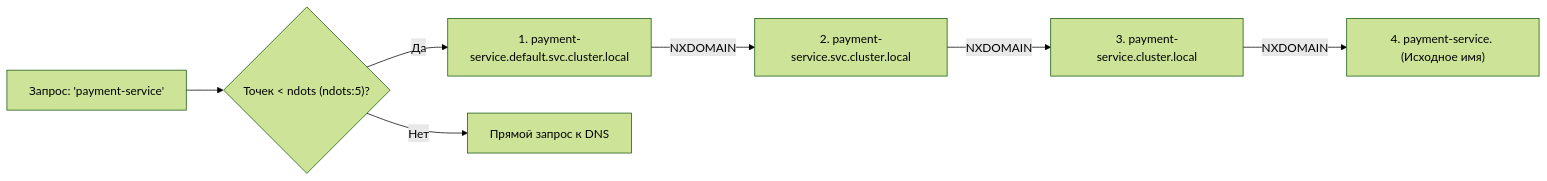
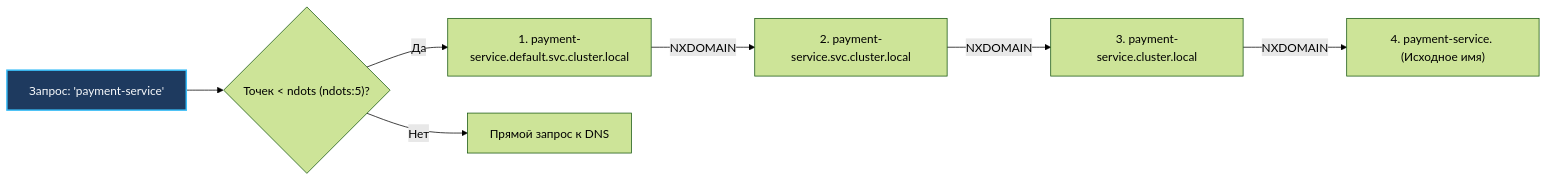
One commit to UnrealTemplier/go-textbook changed the second of 3 diagrams in sources/2. Устройство и работа ОС/51. DNS глазами ОС и libc.md. Above: the diagram before and after it, drawn with Mermaid (forest theme). The commit also changed other lines of this file and 1666 other files, not shown here.

First line of the commit message:
feat(mermaid): add semantic color classDef to 1369 colorless flowchart/graph diagrams

````diff
--- a/sources/2. Устройство и работа ОС/51. DNS глазами ОС и libc.md
+++ b/sources/2. Устройство и работа ОС/51. DNS глазами ОС и libc.md
@@ -51,9 +61,19 @@
 ```mermaid
 flowchart LR
-    AppReq["Запрос: 'payment-service'"] --> NdotsCheck{"Точек < ndots (ndots:5)?"}
+    classDef process  fill:#1e293b,stroke:#38bdf8,stroke-width:1px,color:#f8fafc
+    classDef success  fill:#064e3b,stroke:#34d399,stroke-width:1px,color:#f8fafc
+    classDef error    fill:#7f1d1d,stroke:#f87171,stroke-width:1px,color:#f8fafc
+    classDef warning  fill:#78350f,stroke:#fbbf24,stroke-width:1px,color:#f8fafc
+    classDef entry    fill:#1e3a5f,stroke:#38bdf8,stroke-width:2px,color:#f8fafc
+    classDef aux      fill:#334155,stroke:#64748b,stroke-width:1px,color:#f8fafc
+    classDef system   fill:#312e81,stroke:#a78bfa,stroke-width:1px,color:#f8fafc
+    classDef data     fill:#132d29,stroke:#2dd4bf,stroke-width:1px,color:#f8fafc
+    classDef network  fill:#881337,stroke:#fb7185,stroke-width:1px,color:#f8fafc
+    classDef accent   fill:#1e1b4b,stroke:#818cf8,stroke-width:1px,color:#f8fafc
+    AppReq["Запрос: 'payment-service'"]:::entry --> NdotsCheck{"Точек < ndots (ndots:5)?"}
     NdotsCheck -->|Да| Search1["1. payment-service.default.svc.cluster.local"]
     Search1 -->|NXDOMAIN| Search2["2. payment-service.svc.cluster.local"]
     Search2 -->|NXDOMAIN| Search3["3. payment-service.cluster.local"]
     Search3 -->|NXDOMAIN| RootQuery["4. payment-service. (Исходное имя)"]
     NdotsCheck -->|Нет| Direct["Прямой запрос к DNS"]
 ```
````
